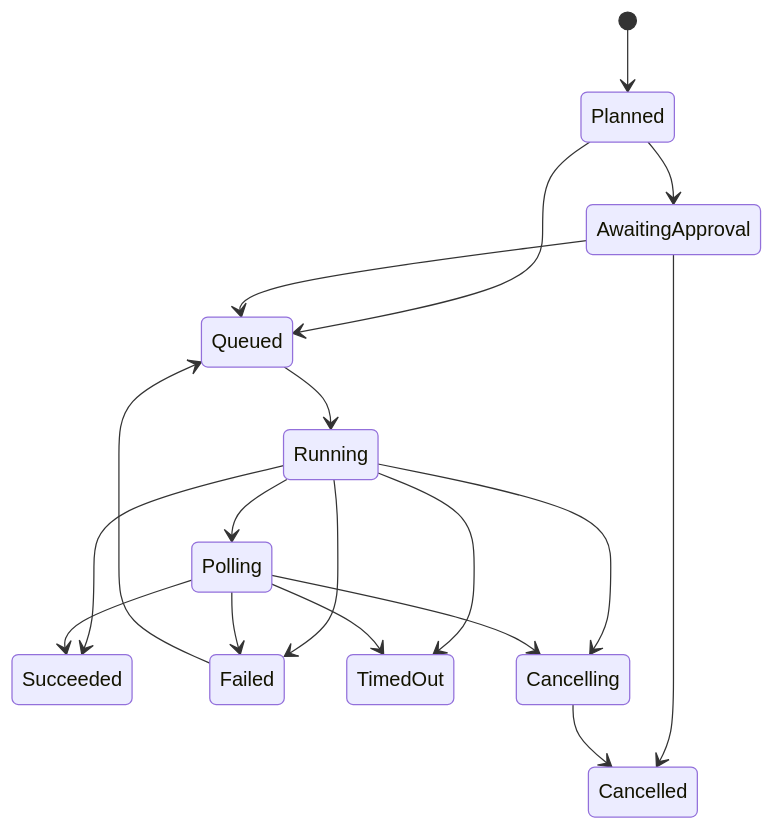
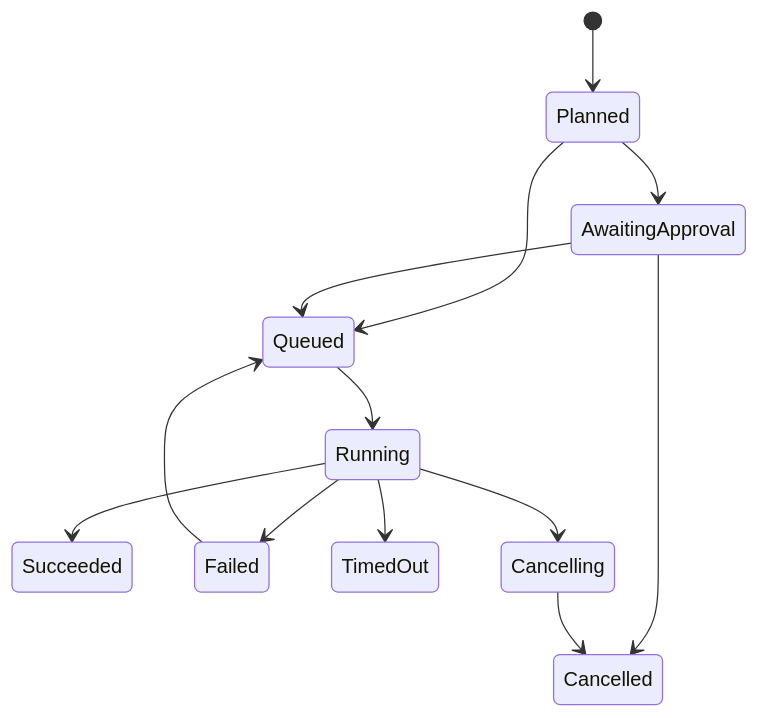
Before and after one commit to acc0mplish/ops-admin: the second of 2 diagrams in docs/architecture/multi-infrastructure-control-plane-v2.md, drawn with Mermaid. The commit also changed other lines of this file, not shown here.

Commit message:
docs(architecture): v2 r2 — adversarial review 반영 (CRITICAL 4·HIGH 17)

````diff
--- a/docs/architecture/multi-infrastructure-control-plane-v2.md
+++ b/docs/architecture/multi-infrastructure-control-plane-v2.md
@@ -974,20 +1111,15 @@
 ```mermaid
 stateDiagram-v2
     [*] --> Planned
     Planned --> AwaitingApproval
     Planned --> Queued
     AwaitingApproval --> Queued
     AwaitingApproval --> Cancelled
     Queued --> Running
-    Running --> Polling
     Running --> Succeeded
     Running --> Failed
     Running --> TimedOut
     Running --> Cancelling
-    Polling --> Succeeded
-    Polling --> Failed
-    Polling --> TimedOut
-    Polling --> Cancelling
     Cancelling --> Cancelled
     Failed --> Queued
 ```
````
